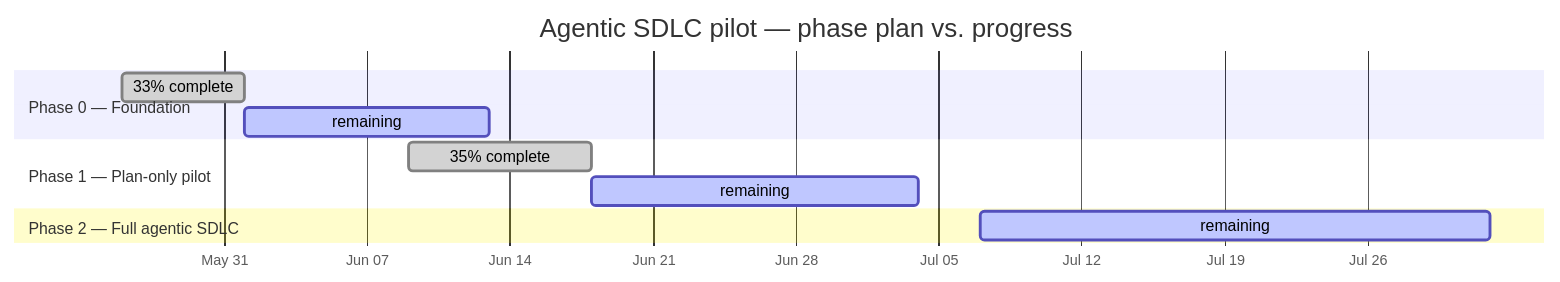
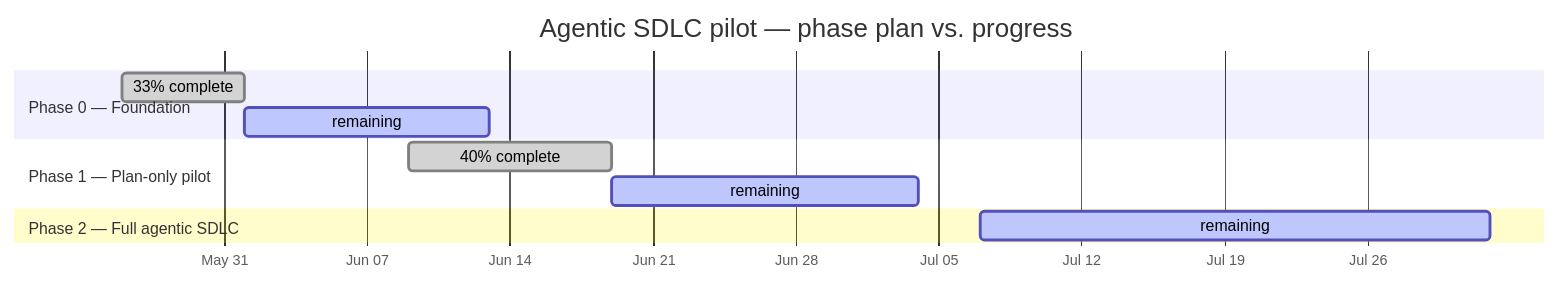
One commit to carloshumbertoreyesortiz/agentic-sdlc-pilot changed the first of 2 diagrams in DASHBOARD.md. Above: the diagram before and after it, drawn with Mermaid. The commit also changed other lines of this file, not shown here.

````diff
--- a/DASHBOARD.md
+++ b/DASHBOARD.md
@@ -19,15 +19,15 @@
 ```mermaid
 gantt
     title Agentic SDLC pilot — phase plan vs. progress
     dateFormat YYYY-MM-DD
     axisFormat %b %d
     todayMarker stroke-width:3px,stroke:#d93f0b,opacity:0.7
     section Phase 0 — Foundation
     33% complete :done, Phase0Fod, 2026-05-26, 6d
     remaining :active, Phase0For, after Phase0Fod, 12d
     section Phase 1 — Plan-only pilot
-    35% complete :done, Phase1Pld, 2026-06-09, 9d
-    remaining :active, Phase1Plr, after Phase1Pld, 16d
+    40% complete :done, Phase1Pld, 2026-06-09, 10d
+    remaining :active, Phase1Plr, after Phase1Pld, 15d
     section Phase 2 — Full agentic SDLC
     remaining :active, Phase2Fur, 2026-07-07, 25d
 ```
````
